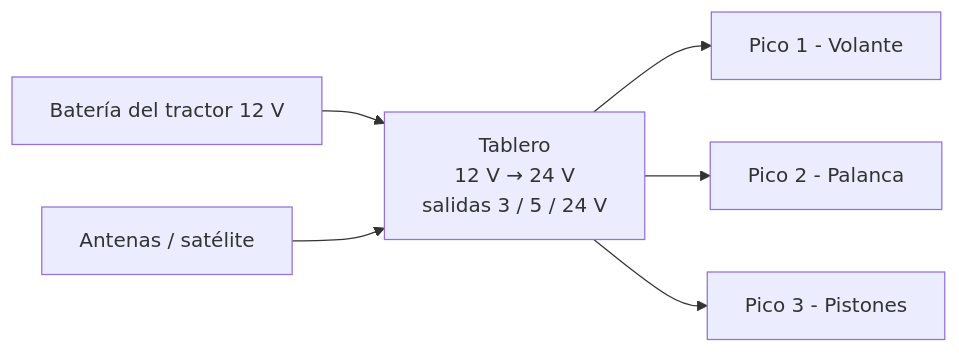
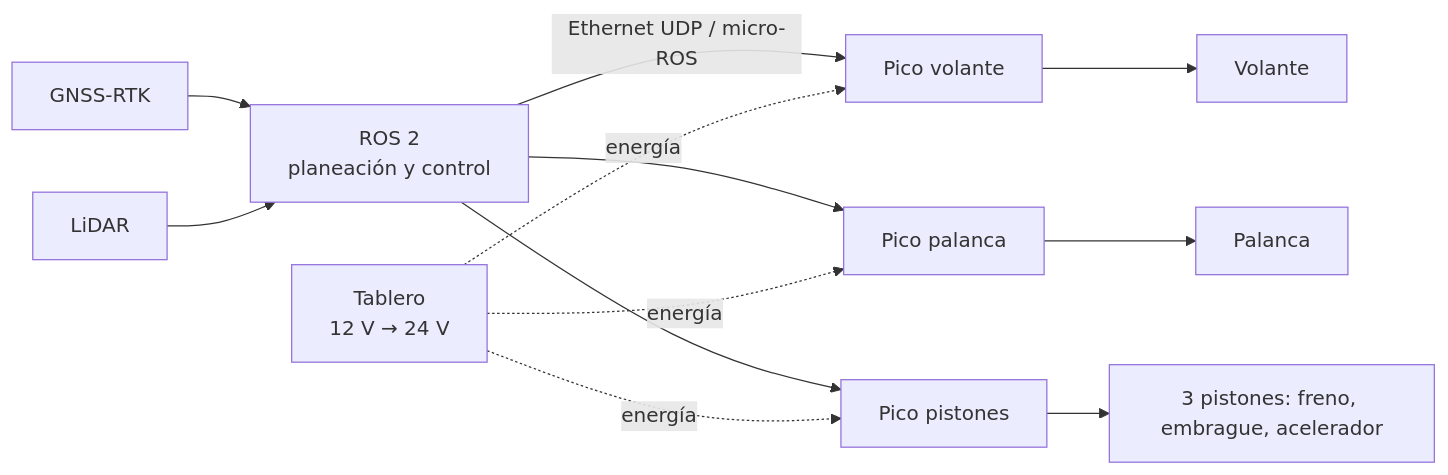
The diagram in docs/index.md (BrianSimpson01/Agrotecnologias-abiertas-para-mexico-), drawn with Mermaid before and after one commit. The commit also changed other lines of this file and 5 other files, not shown here.

````diff
--- a/docs/index.md
+++ b/docs/index.md
@@ -30,8 +44,12 @@
 ```mermaid
 flowchart LR
-    BAT[Batería del tractor 12 V] --> TAB[Tablero<br/>12 V → 24 V<br/>salidas 3 / 5 / 24 V]
-    ANT[Antenas / satélite] --> TAB
-    TAB --> P1[Pico 1 - Volante]
-    TAB --> P2[Pico 2 - Palanca]
-    TAB --> P3[Pico 3 - Pistones]
+    GNSS[GNSS-RTK] --> ROS[ROS 2<br/>planeación y control]
+    LIDAR[LiDAR] --> ROS
+    ROS -->|Ethernet UDP / micro-ROS| P1[Pico volante]
+    ROS --> P2[Pico palanca]
+    ROS --> P3[Pico pistones]
+    TAB[Tablero<br/>12 V → 24 V] -. energía .-> P1 & P2 & P3
+    P1 --> V[Volante]
+    P2 --> PA[Palanca]
+    P3 --> PI[3 pistones: freno, embrague, acelerador]
 ```
````
